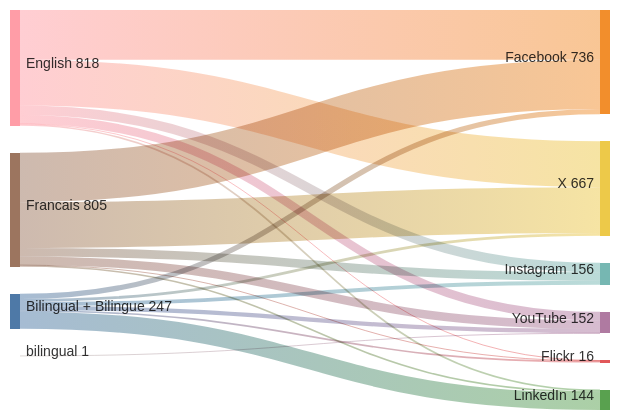
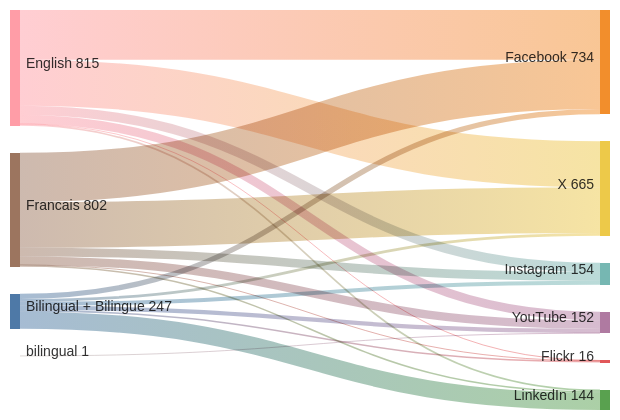
One commit to PatLittle/GC-Socials changed the diagram in sankey_diagram.md. Above: the diagram before and after it, drawn with Mermaid.

Commit message:
Update Sankey diagram for the most recent day

````diff
--- a/sankey_diagram.md
+++ b/sankey_diagram.md
@@ -1,22 +1,22 @@
 ```mermaid
 sankey-beta
   Bilingual + Bilingue,Facebook,37
   Bilingual + Bilingue,Flickr,11
   Bilingual + Bilingue,Instagram,28
   Bilingual + Bilingue,LinkedIn,121
   Bilingual + Bilingue,X,20
   Bilingual + Bilingue,YouTube,30
-  English,Facebook,351
+  English,Facebook,350
   English,Flickr,3
-  English,Instagram,67
+  English,Instagram,66
   English,LinkedIn,12
-  English,X,324
+  English,X,323
   English,YouTube,61
-  Francais,Facebook,348
+  Francais,Facebook,347
   Francais,Flickr,2
-  Francais,Instagram,61
+  Francais,Instagram,60
   Francais,LinkedIn,11
-  Francais,X,323
+  Francais,X,322
   Francais,YouTube,60
   bilingual,YouTube,1
 ```
````
